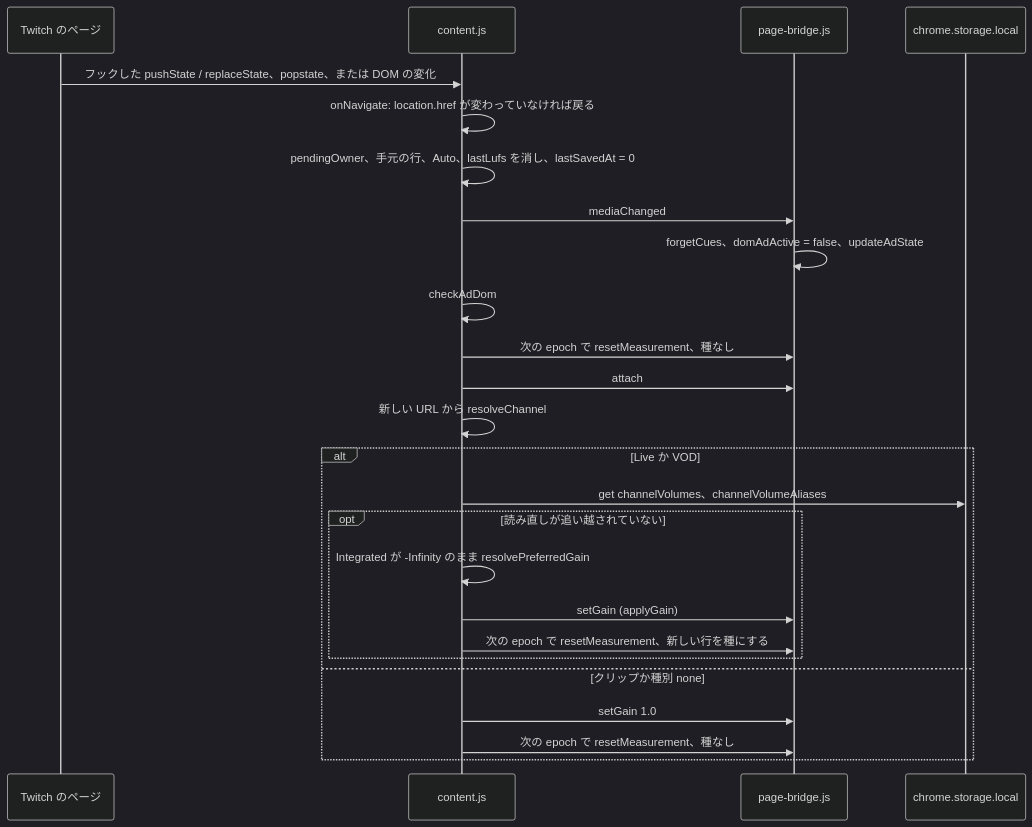
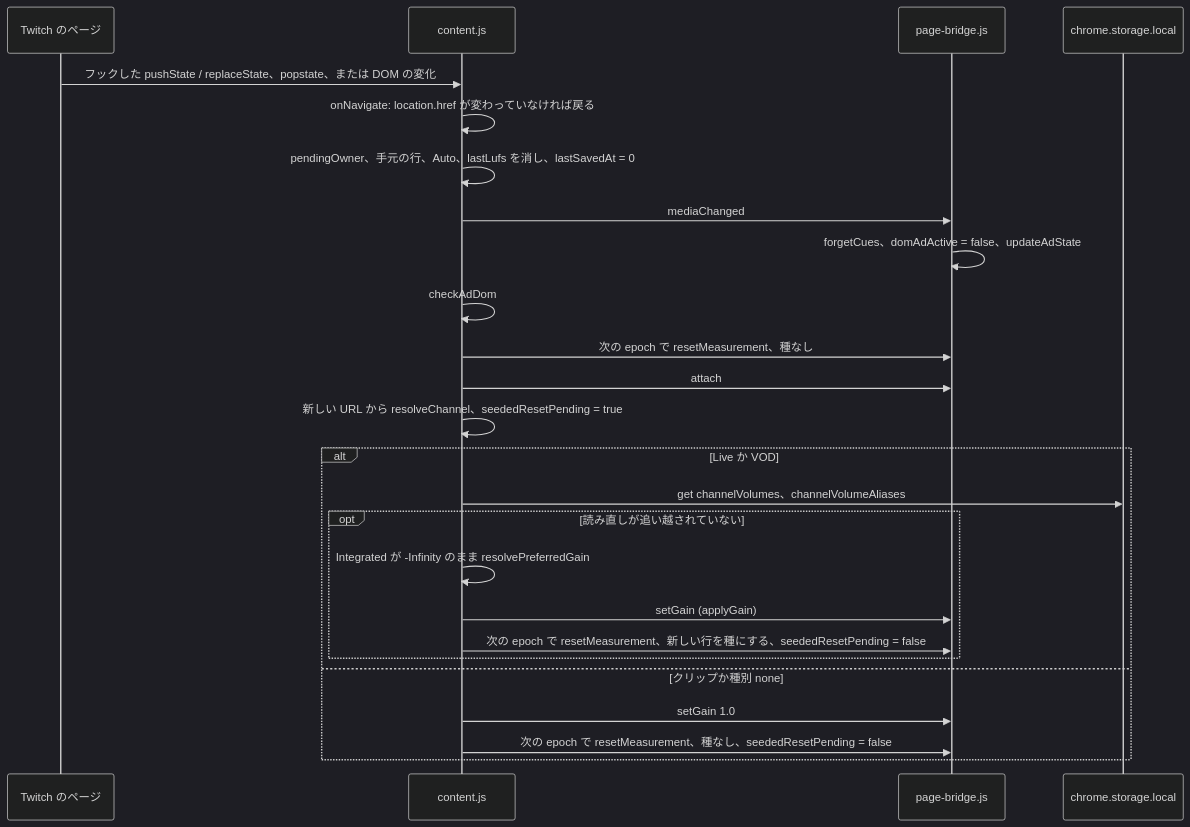
The tenth of 17 diagrams in docs/gain-change-and-save.ja.md (semnil/twitch-channel-volume), drawn with Mermaid (dark theme) before and after one commit. The commit also changed other lines of this file and 4 other files, not shown here.

First line of the commit message:
fix: send the seeded measurement reset from whichever read of the row wins

````diff
--- a/docs/gain-change-and-save.ja.md
+++ b/docs/gain-change-and-save.ja.md
@@ -427,27 +429,27 @@
 ```mermaid
 sequenceDiagram
   participant page as Twitch のページ
   participant content as content.js
   participant bridge as page-bridge.js
   participant storage as chrome.storage.local
   page->>content: フックした pushState / replaceState、popstate、または DOM の変化
   content->>content: onNavigate: location.href が変わっていなければ戻る
   content->>content: pendingOwner、手元の行、Auto、lastLufs を消し、lastSavedAt = 0
   content->>bridge: mediaChanged
   bridge->>bridge: forgetCues、domAdActive = false、updateAdState
   content->>content: checkAdDom
   content->>bridge: 次の epoch で resetMeasurement、種なし
   content->>bridge: attach
-  content->>content: 新しい URL から resolveChannel
+  content->>content: 新しい URL から resolveChannel、seededResetPending = true
   alt Live か VOD
     content->>storage: get channelVolumes、channelVolumeAliases
     opt 読み直しが追い越されていない
       content->>content: Integrated が -Infinity のまま resolvePreferredGain
       content->>bridge: setGain (applyGain)
-      content->>bridge: 次の epoch で resetMeasurement、新しい行を種にする
+      content->>bridge: 次の epoch で resetMeasurement、新しい行を種にする、seededResetPending = false
     end
   else クリップか種別 none
     content->>bridge: setGain 1.0
-    content->>bridge: 次の epoch で resetMeasurement、種なし
+    content->>bridge: 次の epoch で resetMeasurement、種なし、seededResetPending = false
   end
 ```
````
